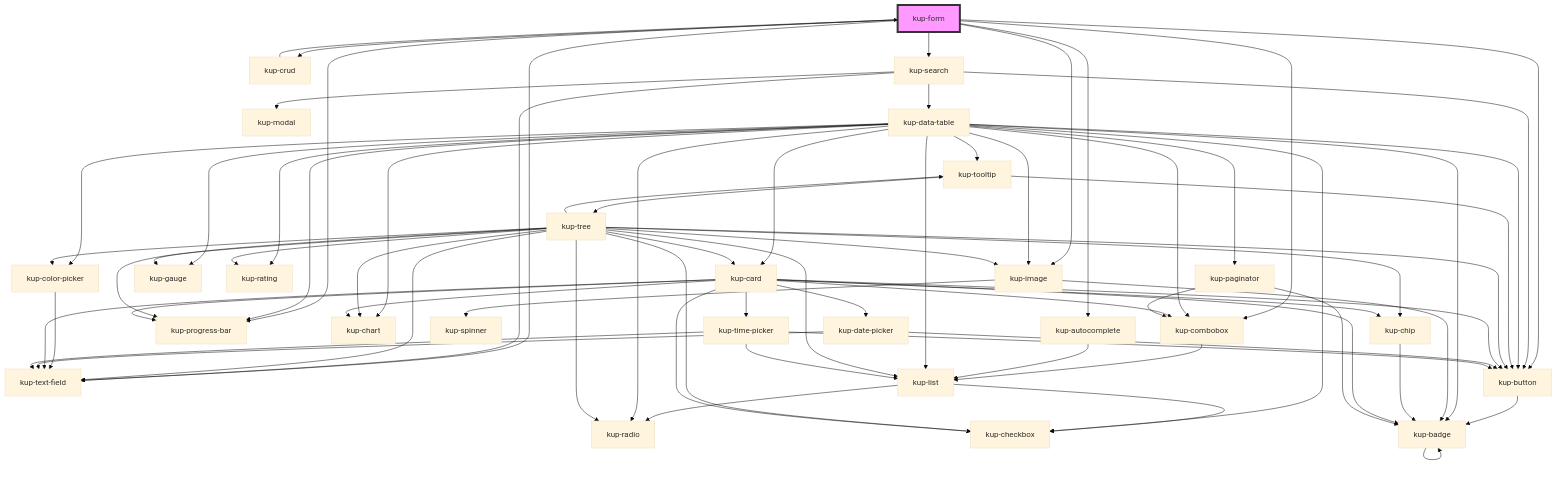
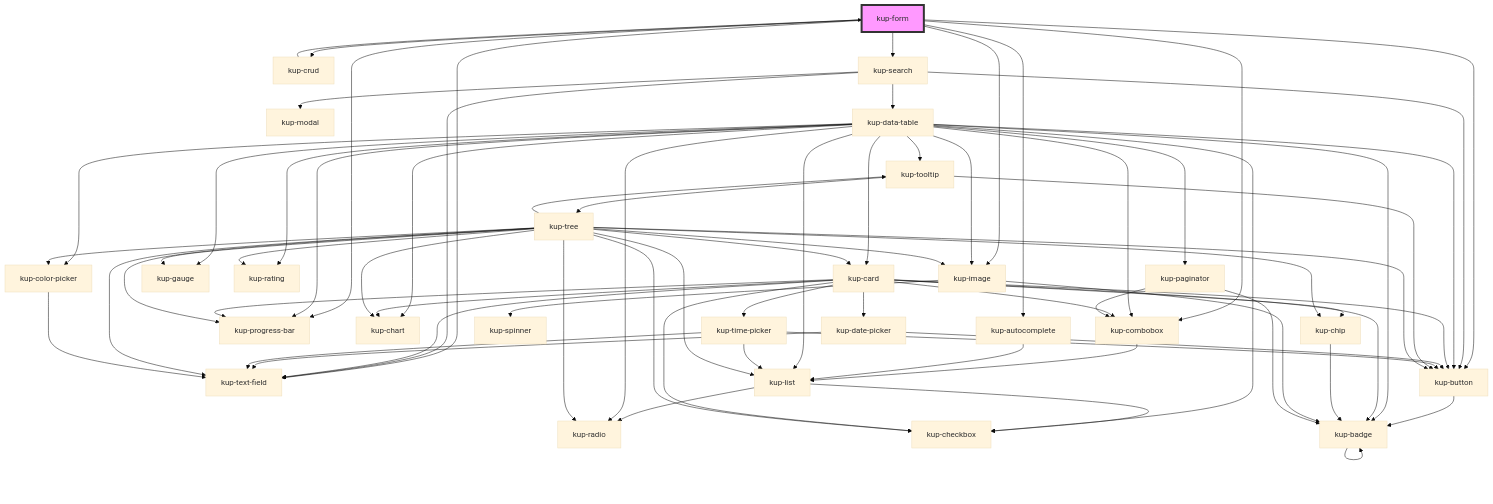
The diagram in packages/ketchup/src/components/kup-form/readme.md (smeup/ketchup), drawn with Mermaid (base theme) before and after one commit. The commit also changed other lines of this file and 10 other files, not shown here.

````diff
--- a/packages/ketchup/src/components/kup-form/readme.md
+++ b/packages/ketchup/src/components/kup-form/readme.md
@@ -131,75 +131,75 @@
 ```mermaid
 graph TD;
   kup-form --> kup-combobox
   kup-form --> kup-crud
   kup-form --> kup-autocomplete
   kup-form --> kup-search
   kup-form --> kup-image
   kup-form --> kup-progress-bar
   kup-form --> kup-text-field
   kup-form --> kup-button
   kup-combobox --> kup-list
   kup-list --> kup-radio
   kup-list --> kup-checkbox
   kup-crud --> kup-form
   kup-button --> kup-badge
   kup-badge --> kup-badge
   kup-autocomplete --> kup-list
   kup-search --> kup-text-field
   kup-search --> kup-button
   kup-search --> kup-modal
   kup-search --> kup-data-table
+  kup-data-table --> kup-card
   kup-data-table --> kup-checkbox
   kup-data-table --> kup-tooltip
   kup-data-table --> kup-list
   kup-data-table --> kup-image
   kup-data-table --> kup-button
   kup-data-table --> kup-chart
   kup-data-table --> kup-color-picker
   kup-data-table --> kup-gauge
   kup-data-table --> kup-progress-bar
   kup-data-table --> kup-rating
   kup-data-table --> kup-radio
   kup-data-table --> kup-paginator
   kup-data-table --> kup-combobox
-  kup-data-table --> kup-card
   kup-data-table --> kup-badge
+  kup-card --> kup-chip
+  kup-card --> kup-button
+  kup-card --> kup-badge
+  kup-card --> kup-progress-bar
+  kup-card --> kup-chart
+  kup-card --> kup-checkbox
+  kup-card --> kup-combobox
+  kup-card --> kup-date-picker
+  kup-card --> kup-text-field
+  kup-card --> kup-time-picker
+  kup-chip --> kup-badge
+  kup-date-picker --> kup-text-field
+  kup-date-picker --> kup-button
+  kup-time-picker --> kup-text-field
+  kup-time-picker --> kup-button
+  kup-time-picker --> kup-list
   kup-tooltip --> kup-button
   kup-tooltip --> kup-tree
   kup-tree --> kup-image
   kup-tree --> kup-button
   kup-tree --> kup-chart
   kup-tree --> kup-checkbox
   kup-tree --> kup-chip
   kup-tree --> kup-color-picker
   kup-tree --> kup-gauge
   kup-tree --> kup-progress-bar
   kup-tree --> kup-rating
   kup-tree --> kup-radio
   kup-tree --> kup-tooltip
   kup-tree --> kup-list
   kup-tree --> kup-text-field
   kup-tree --> kup-card
   kup-image --> kup-spinner
   kup-image --> kup-badge
-  kup-chip --> kup-badge
   kup-color-picker --> kup-text-field
-  kup-card --> kup-chip
-  kup-card --> kup-button
-  kup-card --> kup-badge
-  kup-card --> kup-progress-bar
-  kup-card --> kup-chart
-  kup-card --> kup-checkbox
-  kup-card --> kup-combobox
-  kup-card --> kup-date-picker
-  kup-card --> kup-text-field
-  kup-card --> kup-time-picker
-  kup-date-picker --> kup-text-field
-  kup-date-picker --> kup-button
-  kup-time-picker --> kup-text-field
-  kup-time-picker --> kup-button
-  kup-time-picker --> kup-list
   kup-paginator --> kup-combobox
   kup-paginator --> kup-badge
   style kup-form fill:#f9f,stroke:#333,stroke-width:4px
 ```
````
